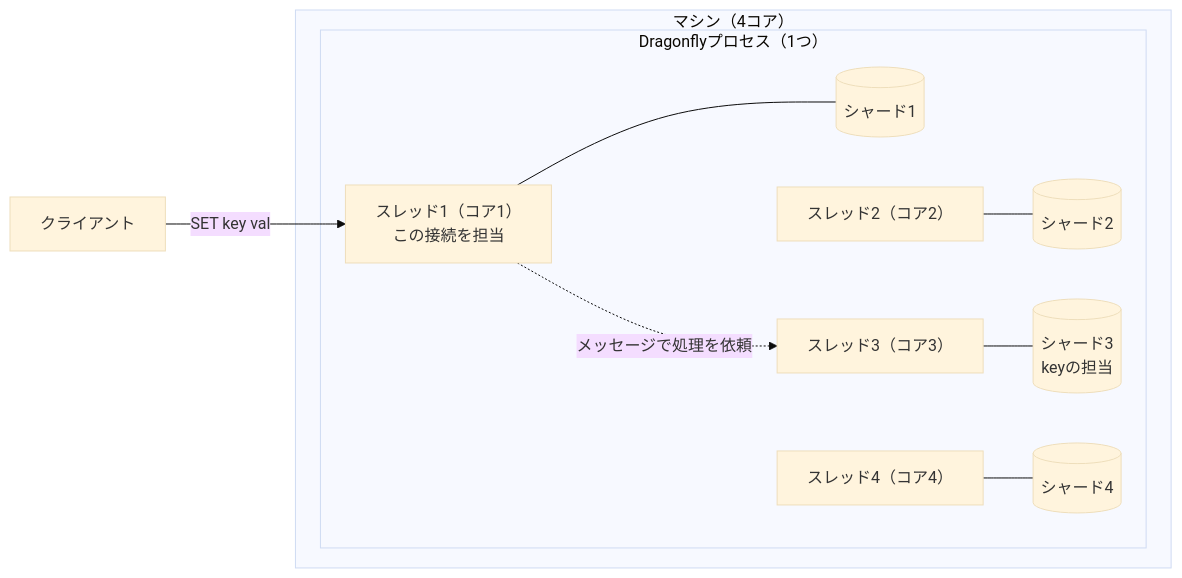
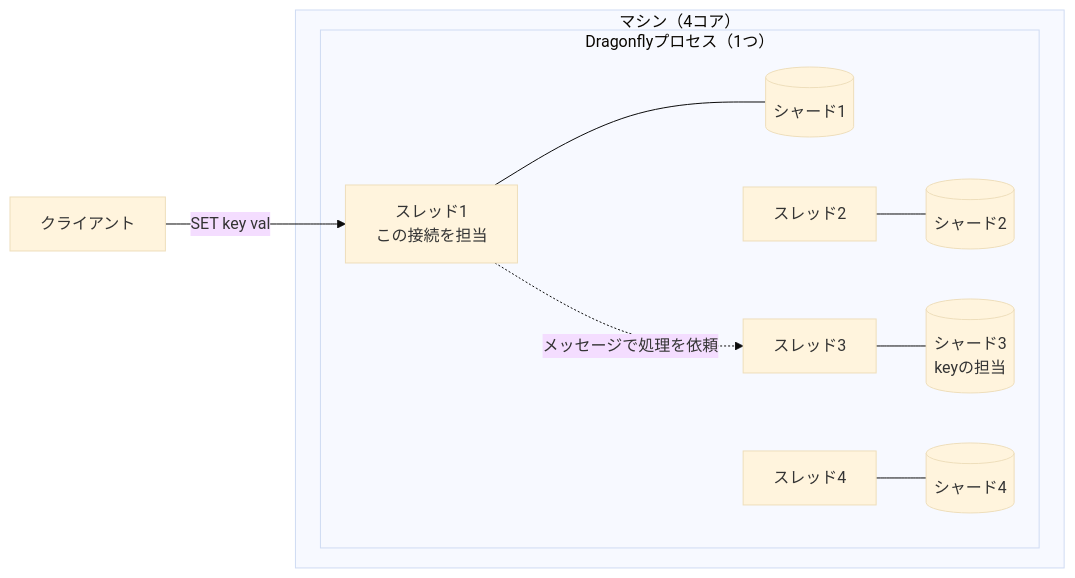
The fourth of 5 diagrams in content/ja/posts/redis-memcached-dragonfly-architecture.md (bmf-san/bmf-tech), drawn with Mermaid (base theme) before and after one commit. The commit also changed other lines of this file and 1 other file, not shown here.

Commit message:
fix: 図のコア固定表記の削除やDragonfly・Redis・Valkeyの記述を出典どおりに修正

````diff
--- a/content/ja/posts/redis-memcached-dragonfly-architecture.md
+++ b/content/ja/posts/redis-memcached-dragonfly-architecture.md
@@ -128,13 +128,13 @@
 ```mermaid
 flowchart LR
     C["クライアント"] -->|SET key val| T1
     subgraph M["マシン（4コア）"]
         subgraph P["Dragonflyプロセス（1つ）"]
-            T1["スレッド1（コア1）<br/>この接続を担当"] --- S1[("シャード1")]
-            T2["スレッド2（コア2）"] --- S2[("シャード2")]
-            T3["スレッド3（コア3）"] --- S3[("シャード3<br/>keyの担当")]
-            T4["スレッド4（コア4）"] --- S4[("シャード4")]
+            T1["スレッド1<br/>この接続を担当"] --- S1[("シャード1")]
+            T2["スレッド2"] --- S2[("シャード2")]
+            T3["スレッド3"] --- S3[("シャード3<br/>keyの担当")]
+            T4["スレッド4"] --- S4[("シャード4")]
             T1 -.->|メッセージで処理を依頼| T3
         end
     end
 ```
````
